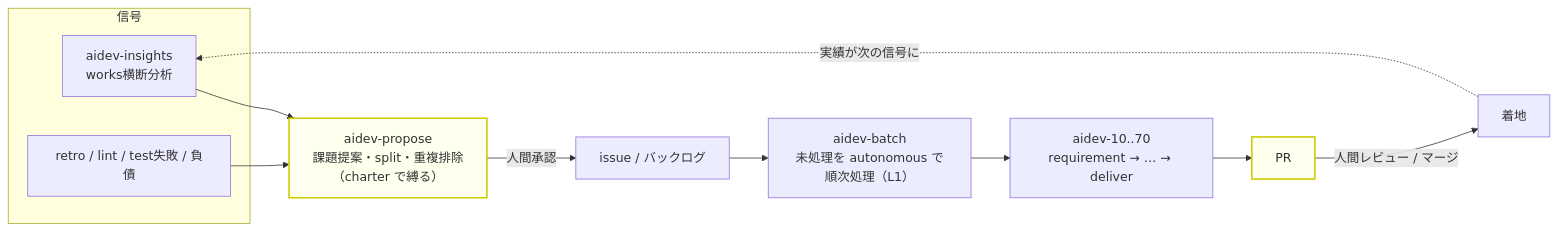
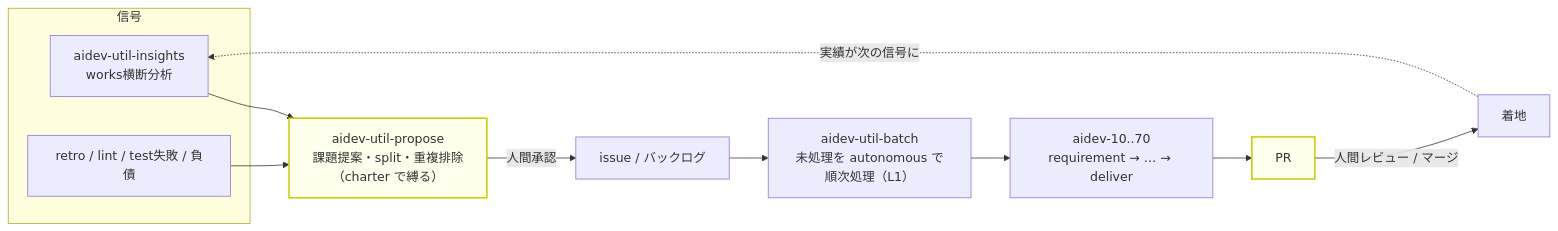
The third of 3 diagrams in .claude/skills/aidev-docs/DESIGN.md (asaomaro/as400-coding-helper), drawn with Mermaid before and after one commit. The commit also changed other lines of this file and 20 other files, not shown here.

First line of the commit message:
refactor(aidev): skill 命名を役割ベースに整理（util-* / retro 95 / description タグ）

````diff
--- a/.claude/skills/aidev-docs/DESIGN.md
+++ b/.claude/skills/aidev-docs/DESIGN.md
@@ -76,23 +76,23 @@
 ```mermaid
 flowchart LR
   subgraph SIG["信号"]
-    insights["aidev-insights<br/>works横断分析"]
+    insights["aidev-util-insights<br/>works横断分析"]
     retro2["retro / lint / test失敗 / 負債"]
   end
 
-  propose["aidev-propose<br/>課題提案・split・重複排除<br/>（charter で縛る）"]
+  propose["aidev-util-propose<br/>課題提案・split・重複排除<br/>（charter で縛る）"]
   backlog["issue / バックログ"]
-  batch["aidev-batch<br/>未処理を autonomous で順次処理（L1）"]
+  batch["aidev-util-batch<br/>未処理を autonomous で順次処理（L1）"]
   pipe["aidev-10..70<br/>requirement → … → deliver"]
   pr["PR"]
 
   insights --> propose
   retro2 --> propose
   propose -->|人間承認| backlog
   backlog --> batch --> pipe --> pr
   pr -->|人間レビュー / マージ| done["着地"]
   done -.実績が次の信号に.-> insights
 
   classDef gate fill:#ffe,stroke:#cc0,stroke-width:2px
   class propose,pr gate
 ```
````
